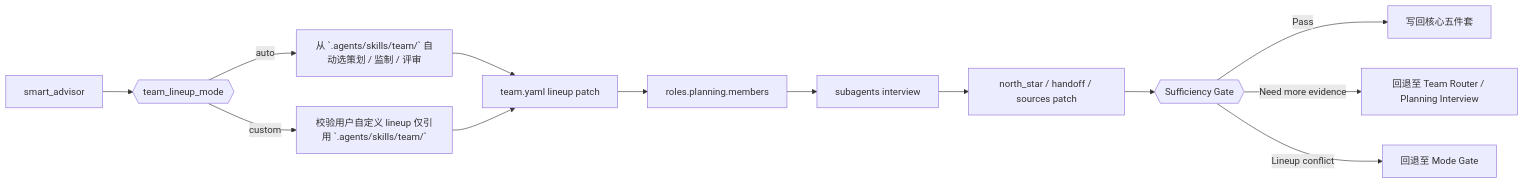
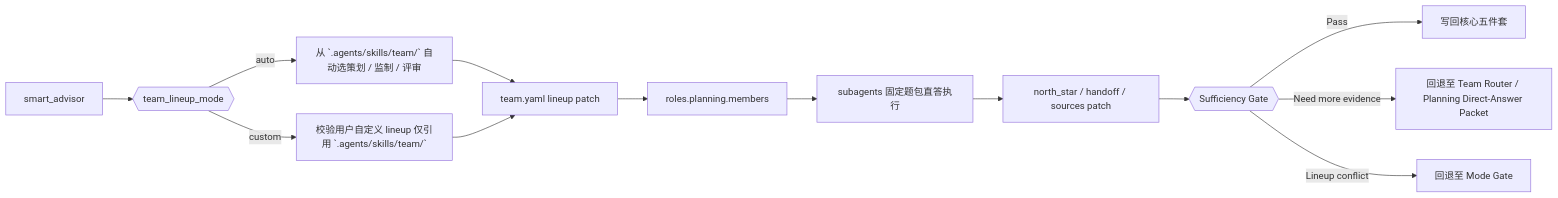
One commit to ZEN-VOID/AI-CUT changed the second of 4 diagrams in .agents/skills/aigc/0-Init/SKILL.md. Above: the diagram before and after it, drawn with Mermaid. The commit also changed other lines of this file and 234 other files, not shown here.

````diff
--- a/.agents/skills/aigc/0-Init/SKILL.md
+++ b/.agents/skills/aigc/0-Init/SKILL.md
@@ -125,15 +127,15 @@
 ```mermaid
 flowchart LR
     A["smart_advisor"] --> B{{"team_lineup_mode"}}
     B -->|"auto"| C["从 `.agents/skills/team/` 自动选策划 / 监制 / 评审"]
     B -->|"custom"| D["校验用户自定义 lineup 仅引用 `.agents/skills/team/`"]
     C --> E["team.yaml lineup patch"]
     D --> E
     E --> F["roles.planning.members"]
-    F --> G["subagents interview"]
+    F --> G["subagents 固定题包直答执行"]
     G --> H["north_star / handoff / sources patch"]
     H --> I{{"Sufficiency Gate"}}
     I -->|"Pass"| J["写回核心五件套"]
-    I -->|"Need more evidence"| K["回退至 Team Router / Planning Interview"]
+    I -->|"Need more evidence"| K["回退至 Team Router / Planning Direct-Answer Packet"]
     I -->|"Lineup conflict"| L["回退至 Mode Gate"]
 ```
````
